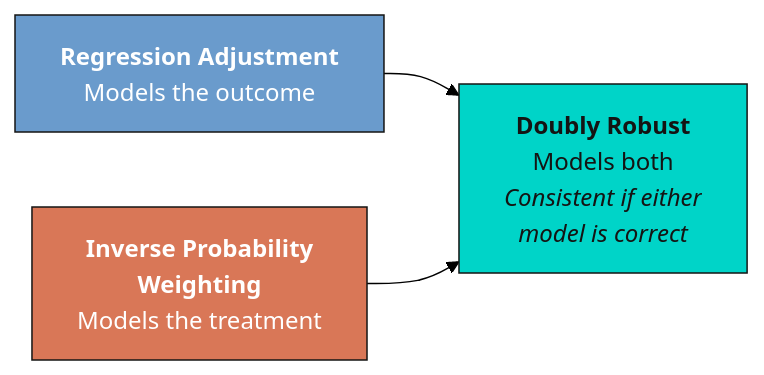
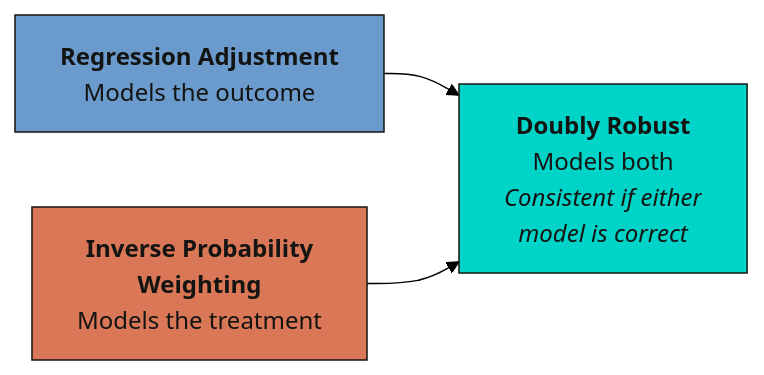
Before and after one commit to cmg777/starter-academic-v501: the sixth of 8 diagrams in content/post/stata_rct/index.md, drawn with Mermaid (forest theme). The commit also changed other lines of this file and 67 other files, not shown here.

First line of the commit message:
fix(mermaid): readable diagram text in both themes across the site

````diff
--- a/content/post/stata_rct/index.md
+++ b/content/post/stata_rct/index.md
@@ -782,13 +782,13 @@
 ```mermaid
 graph LR
     RA["<b>Regression Adjustment</b><br/>Models the outcome"]
     IPW["<b>Inverse Probability<br/>Weighting</b><br/>Models the treatment"]
     DR["<b>Doubly Robust</b><br/>Models both<br/><i>Consistent if either<br/>model is correct</i>"]
 
     RA --> DR
     IPW --> DR
 
-    style RA fill:#6a9bcc,stroke:#141413,color:#fff
-    style IPW fill:#d97757,stroke:#141413,color:#fff
+    style RA fill:#6a9bcc,stroke:#141413,color:#141413
+    style IPW fill:#d97757,stroke:#141413,color:#141413
     style DR fill:#00d4c8,stroke:#141413,color:#141413
 ```
````
